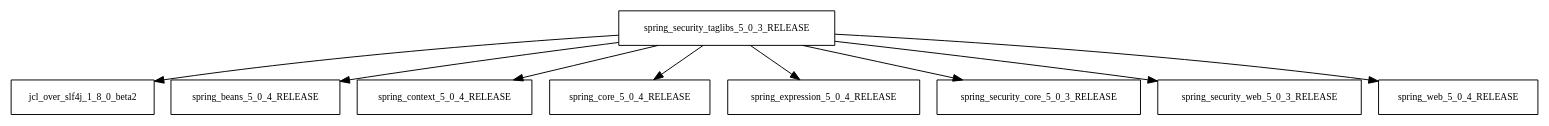
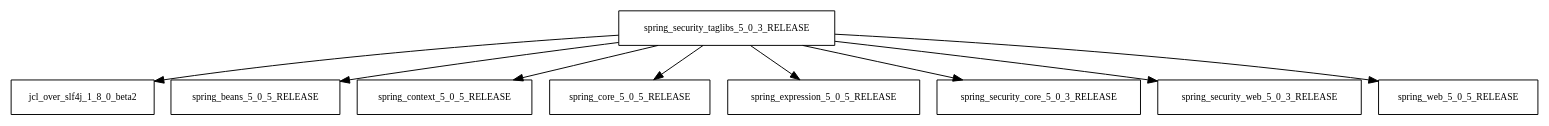
The diagram in tattleTaleReport/graphviz/spring-security-taglibs-5.0.3.RELEASE.jar/spring-security-taglibs-5.0.3.RELEASE.jar.dot (sjvs/cia), drawn with Graphviz before and after one commit. The commit also changed 1854 other files, not shown here.

```diff
--- a/tattleTaleReport/graphviz/spring-security-taglibs-5.0.3.RELEASE.jar/spring-security-taglibs-5.0.3.RELEASE.jar.dot
+++ b/tattleTaleReport/graphviz/spring-security-taglibs-5.0.3.RELEASE.jar/spring-security-taglibs-5.0.3.RELEASE.jar.dot
@@ -1,11 +1,11 @@
 digraph spring_security_taglibs_5_0_3_RELEASE_dependencies {
   node [shape = box, fontsize=10.0];
   spring_security_taglibs_5_0_3_RELEASE -> jcl_over_slf4j_1_8_0_beta2;
-  spring_security_taglibs_5_0_3_RELEASE -> spring_beans_5_0_4_RELEASE;
-  spring_security_taglibs_5_0_3_RELEASE -> spring_context_5_0_4_RELEASE;
-  spring_security_taglibs_5_0_3_RELEASE -> spring_core_5_0_4_RELEASE;
-  spring_security_taglibs_5_0_3_RELEASE -> spring_expression_5_0_4_RELEASE;
+  spring_security_taglibs_5_0_3_RELEASE -> spring_beans_5_0_5_RELEASE;
+  spring_security_taglibs_5_0_3_RELEASE -> spring_context_5_0_5_RELEASE;
+  spring_security_taglibs_5_0_3_RELEASE -> spring_core_5_0_5_RELEASE;
+  spring_security_taglibs_5_0_3_RELEASE -> spring_expression_5_0_5_RELEASE;
   spring_security_taglibs_5_0_3_RELEASE -> spring_security_core_5_0_3_RELEASE;
   spring_security_taglibs_5_0_3_RELEASE -> spring_security_web_5_0_3_RELEASE;
-  spring_security_taglibs_5_0_3_RELEASE -> spring_web_5_0_4_RELEASE;
+  spring_security_taglibs_5_0_3_RELEASE -> spring_web_5_0_5_RELEASE;
 }
```
